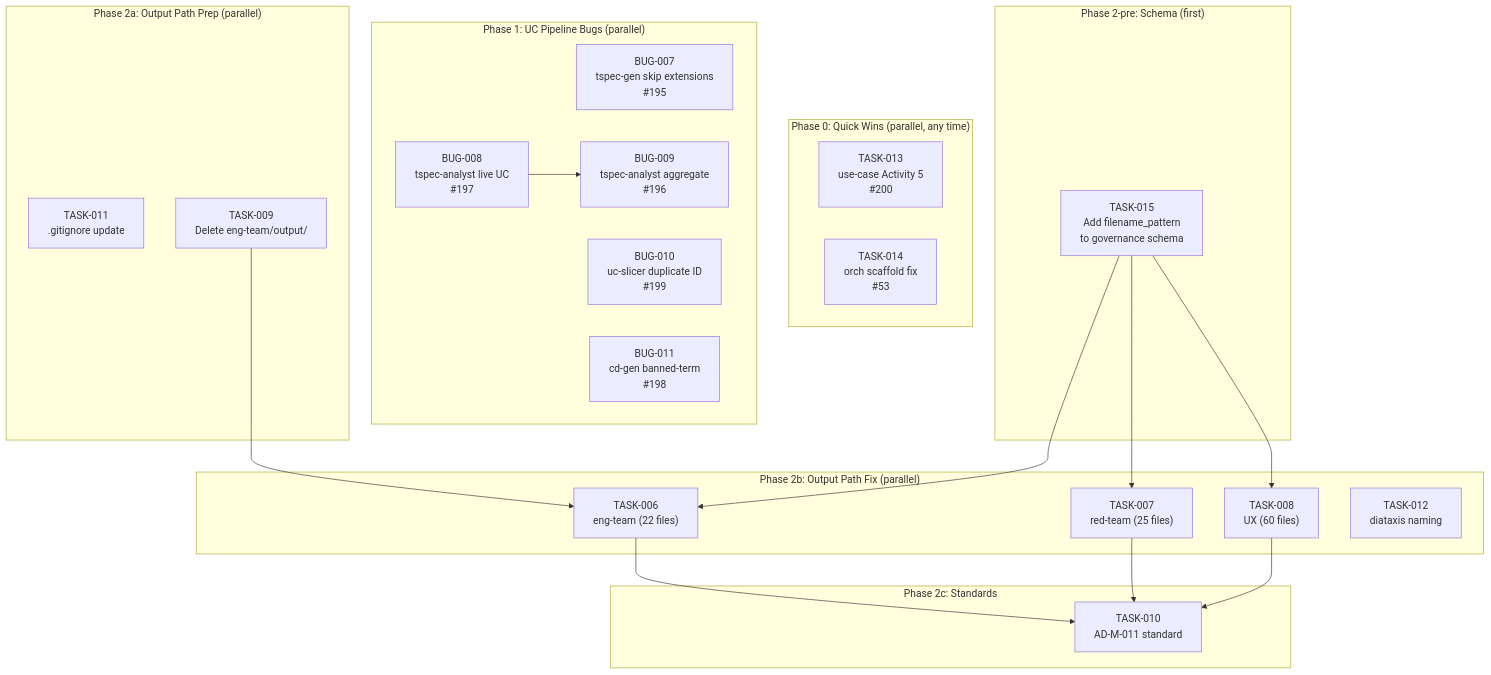
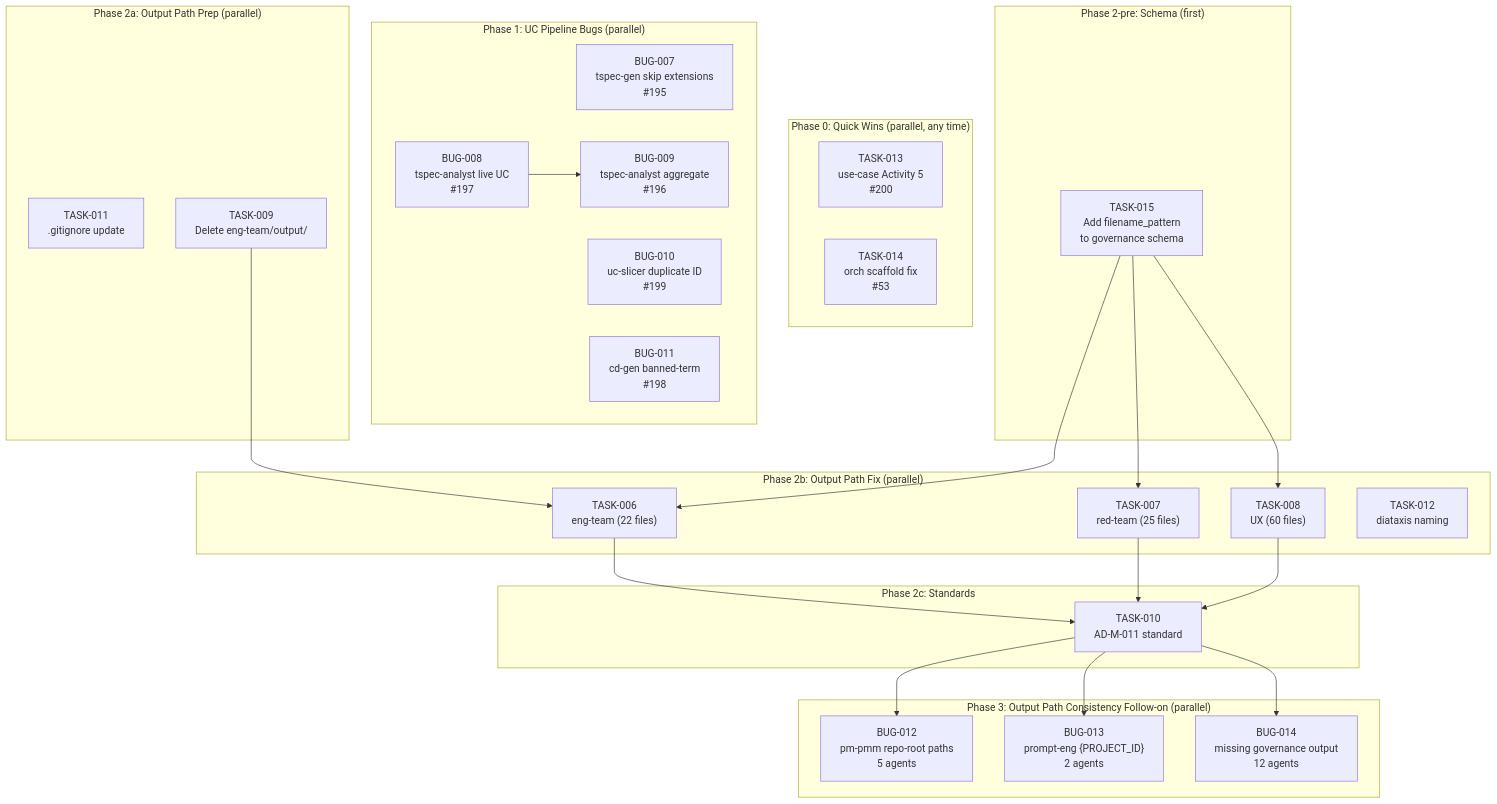
Before and after one commit to geekatron/jerry: the diagram in projects/PROJ-024-tactical-work/work/EPIC-002-issue-triage-batch/EPIC-002-issue-triage-batch.md, drawn with Mermaid. The commit also changed other lines of this file, not shown here.

First line of the commit message:
docs(EPIC-002): add Phase 3 for BUG-012/013/014 output path follow-on

````diff
--- a/projects/PROJ-024-tactical-work/work/EPIC-002-issue-triage-batch/EPIC-002-issue-triage-batch.md
+++ b/projects/PROJ-024-tactical-work/work/EPIC-002-issue-triage-batch/EPIC-002-issue-triage-batch.md
@@ -88,44 +93,53 @@
 ```mermaid
 graph TD
     subgraph "Phase 0: Quick Wins (parallel, any time)"
         T13["TASK-013<br/>use-case Activity 5<br/>#200"]
         T14["TASK-014<br/>orch scaffold fix<br/>#53"]
     end
 
     subgraph "Phase 1: UC Pipeline Bugs (parallel)"
         B07["BUG-007<br/>tspec-gen skip extensions<br/>#195"]
         B08["BUG-008<br/>tspec-analyst live UC<br/>#197"]
         B09["BUG-009<br/>tspec-analyst aggregate<br/>#196"]
         B10["BUG-010<br/>uc-slicer duplicate ID<br/>#199"]
         B11["BUG-011<br/>cd-gen banned-term<br/>#198"]
         B08 --> B09
     end
 
     subgraph "Phase 2-pre: Schema (first)"
         T15["TASK-015<br/>Add filename_pattern<br/>to governance schema"]
     end
 
     subgraph "Phase 2a: Output Path Prep (parallel)"
         T11["TASK-011<br/>.gitignore update"]
         T09["TASK-009<br/>Delete eng-team/output/"]
     end
 
     subgraph "Phase 2b: Output Path Fix (parallel)"
         T06["TASK-006<br/>eng-team (22 files)"]
         T07["TASK-007<br/>red-team (25 files)"]
         T08["TASK-008<br/>UX (60 files)"]
         T12["TASK-012<br/>diataxis naming"]
     end
 
     subgraph "Phase 2c: Standards"
         T10["TASK-010<br/>AD-M-011 standard"]
     end
 
+    subgraph "Phase 3: Output Path Consistency Follow-on (parallel)"
+        B12["BUG-012<br/>pm-pmm repo-root paths<br/>5 agents"]
+        B13["BUG-013<br/>prompt-eng {PROJECT_ID}<br/>2 agents"]
+        B14["BUG-014<br/>missing governance output<br/>12 agents"]
+    end
+
     T15 --> T06
     T15 --> T07
     T15 --> T08
     T09 --> T06
     T06 --> T10
     T07 --> T10
     T08 --> T10
+    T10 --> B12
+    T10 --> B13
+    T10 --> B14
 ```
````
